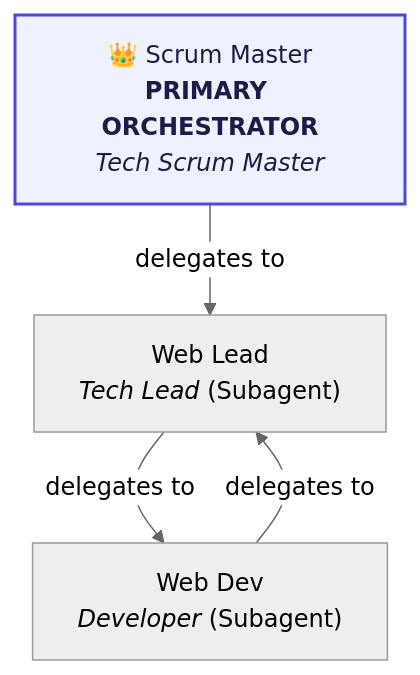
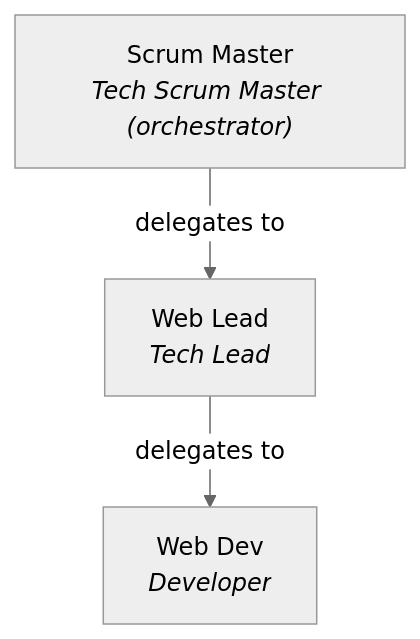
One commit to shahwaiz90/virtual-office changed the diagram in AGENTS.md. Above: the diagram before and after it, drawn with Mermaid (neutral theme). The commit also changed other lines of this file and 32 other files, not shown here.

````diff
--- a/AGENTS.md
+++ b/AGENTS.md
@@ -18,12 +6,8 @@
 ```mermaid
 flowchart TD
-  tech-pm["👑 Scrum Master<br/><b>PRIMARY ORCHESTRATOR</b><br/><i>Tech Scrum Master</i>"]:::primaryStyle
-  web-tech-lead["Web Lead<br/><i>Tech Lead</i> (Subagent)"]
-  web-dev["Web Dev<br/><i>Developer</i> (Subagent)"]
-
+  tech-pm["Scrum Master<br/><i>Tech Scrum Master (orchestrator)</i>"]
+  web-tech-lead["Web Lead<br/><i>Tech Lead</i>"]
+  web-dev["Web Dev<br/><i>Developer</i>"]
   tech-pm -->|delegates to| web-tech-lead
   web-tech-lead -->|delegates to| web-dev
-  web-dev -->|delegates to| web-tech-lead
-
-  classDef primaryStyle fill:#eef2ff,stroke:#4f46e5,stroke-width:2px,color:#1e1b4b;
 ```
````
